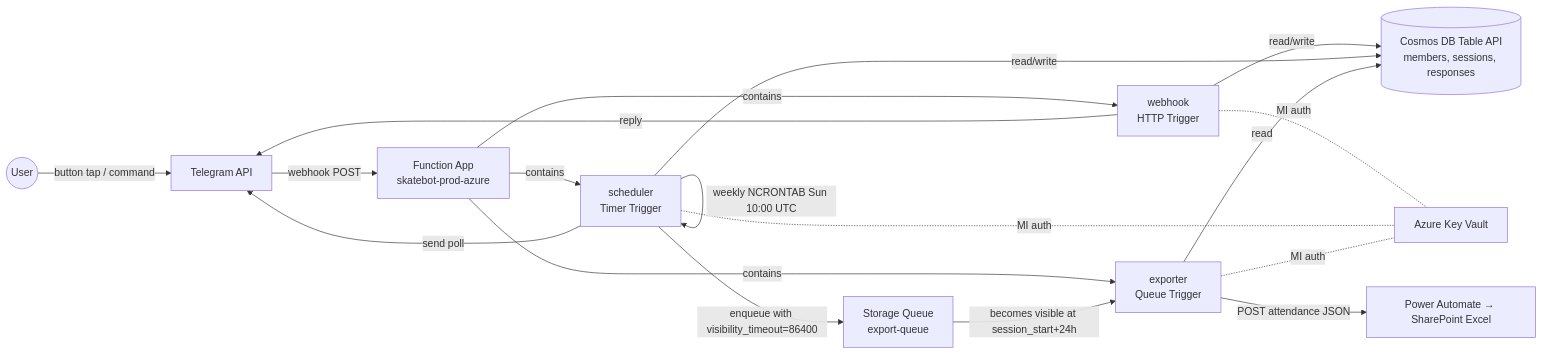
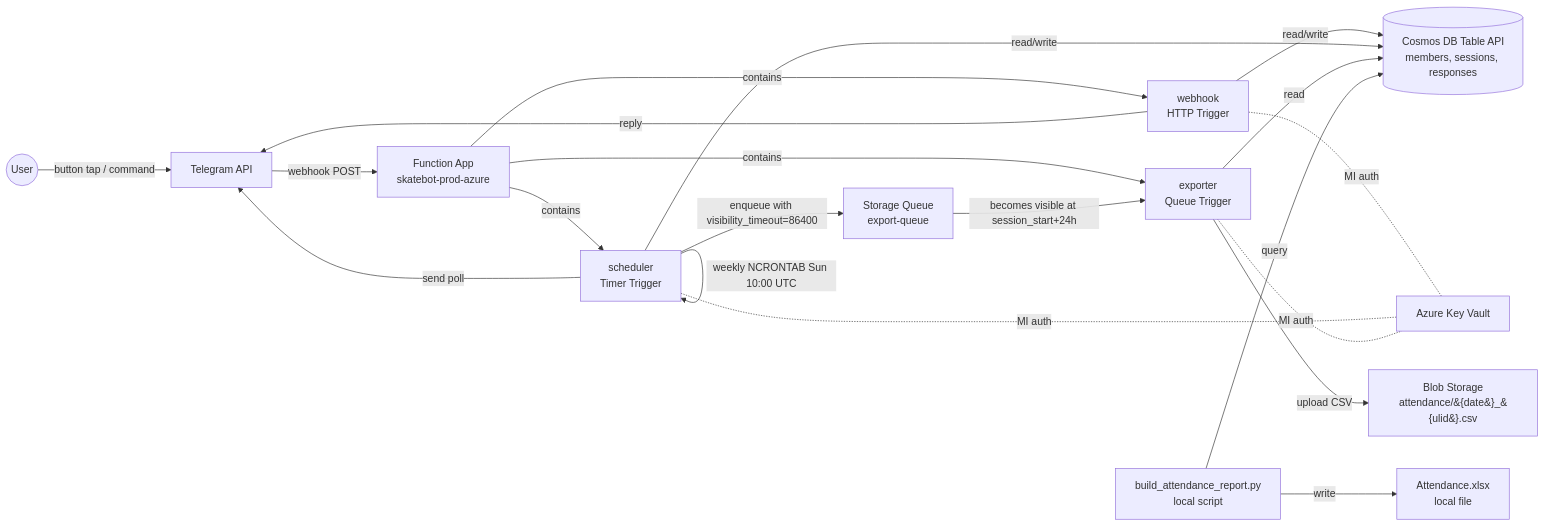
One commit to JoshDui/SITSkateClubPersonalAutomation changed the second of 2 diagrams in README.md. Above: the diagram before and after it, drawn with Mermaid. The commit also changed other lines of this file and 11 other files, not shown here.

````diff
--- a/README.md
+++ b/README.md
@@ -39,26 +39,28 @@
 ```mermaid
 flowchart LR
     TG[Telegram API]
     User((User))
     User -- button tap / command --> TG
     TG -- webhook POST --> FA[Function App<br/>skatebot-prod-azure]
     FA -- contains --> WH2[webhook<br/>HTTP Trigger]
     FA -- contains --> SCHED2[scheduler<br/>Timer Trigger]
     FA -- contains --> EXP2[exporter<br/>Queue Trigger]
 
     WH2 -- read/write --> COSMOS[(Cosmos DB Table API<br/>members, sessions, responses)]
     WH2 -- reply --> TG
 
     SCHED2 -- weekly NCRONTAB Sun 10:00 UTC --> SCHED2
     SCHED2 -- read/write --> COSMOS
     SCHED2 -- send poll --> TG
     SCHED2 -- enqueue with visibility_timeout=86400 --> Q[Storage Queue<br/>export-queue]
     Q -- becomes visible at session_start+24h --> EXP2
     EXP2 -- read --> COSMOS
-    EXP2 -- POST attendance JSON --> PA2[Power Automate → SharePoint Excel]
+    EXP2 -- upload CSV --> BLOB[Blob Storage<br/>attendance/&#123;date&#125;_&#123;ulid&#125;.csv]
+    LOCAL[build_attendance_report.py<br/>local script] -- query --> COSMOS
+    LOCAL -- write --> XLSX[Attendance.xlsx<br/>local file]
 
     KV[Azure Key Vault]
     WH2 -.MI auth.- KV
     SCHED2 -.MI auth.- KV
     EXP2 -.MI auth.- KV
 ```
````
